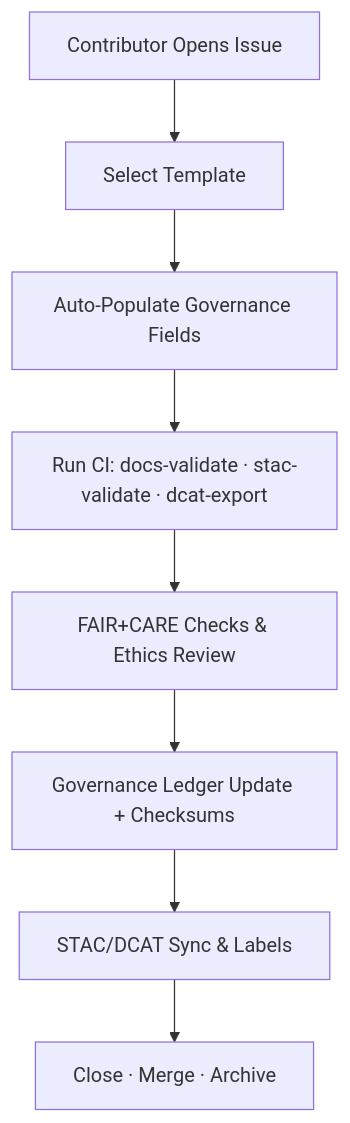
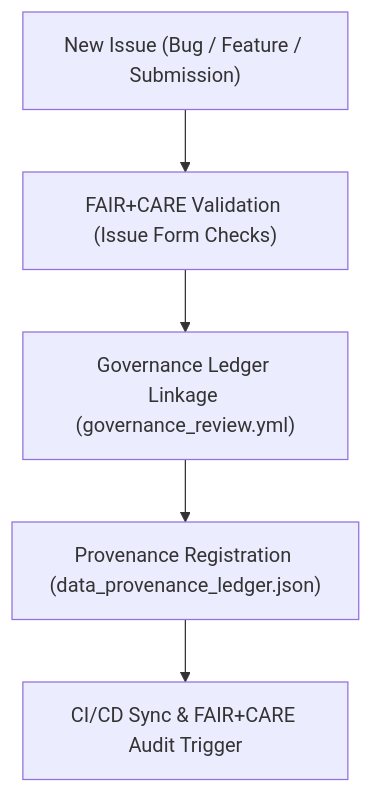
One commit to bartytime4life/Kansas-Frontier-Matrix changed the diagram in .github/ISSUE_TEMPLATE/README.md. Above: the diagram before and after it, drawn with Mermaid. The commit also changed other lines of this file, not shown here.

First line of the commit message:
Update README for GitHub Issue Templates to v9.6.0

````diff
--- a/.github/ISSUE_TEMPLATE/README.md
+++ b/.github/ISSUE_TEMPLATE/README.md
@@ -68,10 +61,7 @@
 ```mermaid
 flowchart TD
-  A[Contributor Opens Issue] --> B[Select Template]
-  B --> C[Auto-Populate Governance Fields]
-  C --> D[Run CI: docs-validate · stac-validate · dcat-export]
-  D --> E[FAIR+CARE Checks & Ethics Review]
-  E --> F[Governance Ledger Update + Checksums]
-  F --> G[STAC/DCAT Sync & Labels]
-  G --> H[Close · Merge · Archive]
+    A["New Issue (Bug / Feature / Submission)"] --> B["FAIR+CARE Validation (Issue Form Checks)"]
+    B --> C["Governance Ledger Linkage (governance_review.yml)"]
+    C --> D["Provenance Registration (data_provenance_ledger.json)"]
+    D --> E["CI/CD Sync & FAIR+CARE Audit Trigger"]
 ```
````
